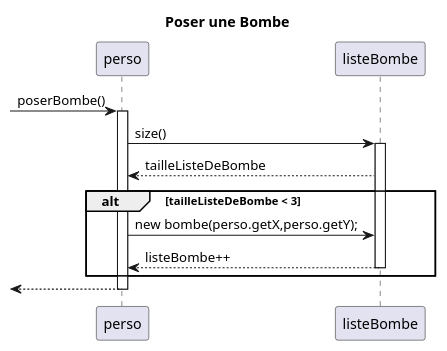
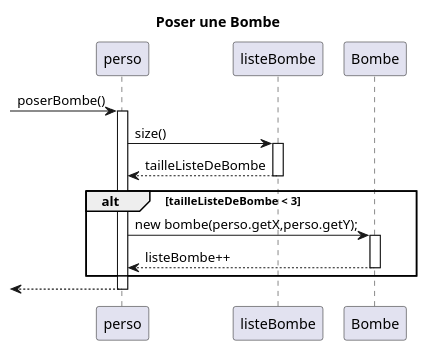
The diagram in zeldiablo/documents/version_4/DiagrammeDeSequencePoserBombe.puml (Jean-BaptisteEvan/2022_Zeldiablo_jeandidi3u_hary16u_jeanbap14u_dirand13u), drawn with PlantUML before and after one commit.

Commit message:
correction diag poser une bombe apres controle

```diff
--- a/zeldiablo/documents/version_4/DiagrammeDeSequencePoserBombe.puml
+++ b/zeldiablo/documents/version_4/DiagrammeDeSequencePoserBombe.puml
@@ -1,22 +1,24 @@
 @startuml
 title:"Poser une Bombe"
 
 participant perso
 participant listeBombe
 
 
 ->perso:poserBombe()
 activate perso
 perso-> listeBombe:size()
 activate listeBombe
 perso <-- listeBombe:tailleListeDeBombe
+deactivate listeBombe
 alt tailleListeDeBombe < 3
-perso -> listeBombe:new bombe(perso.getX,perso.getY);
-listeBombe-->perso:listeBombe++
-deactivate listeBombe
+perso -> Bombe :new bombe(perso.getX,perso.getY);
+activate Bombe
+Bombe-->perso:listeBombe++
+deactivate Bombe
 end
 <-- perso
 deactivate perso
 
 
 @enduml
```
